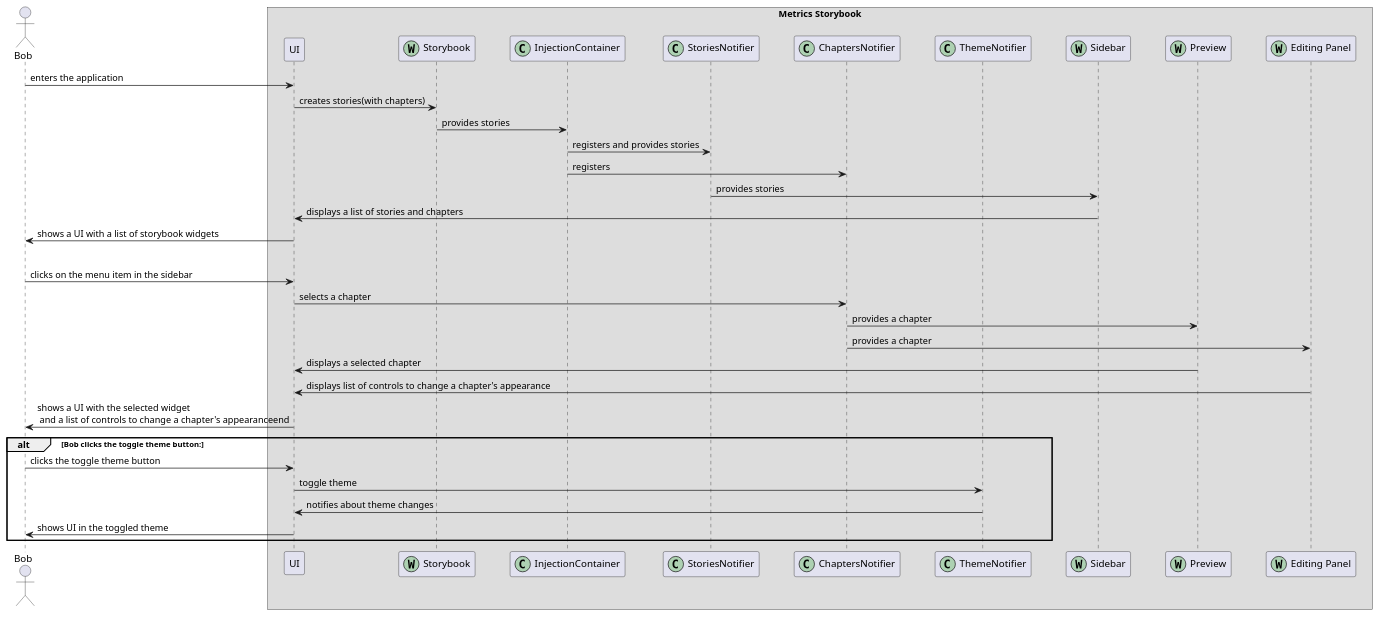
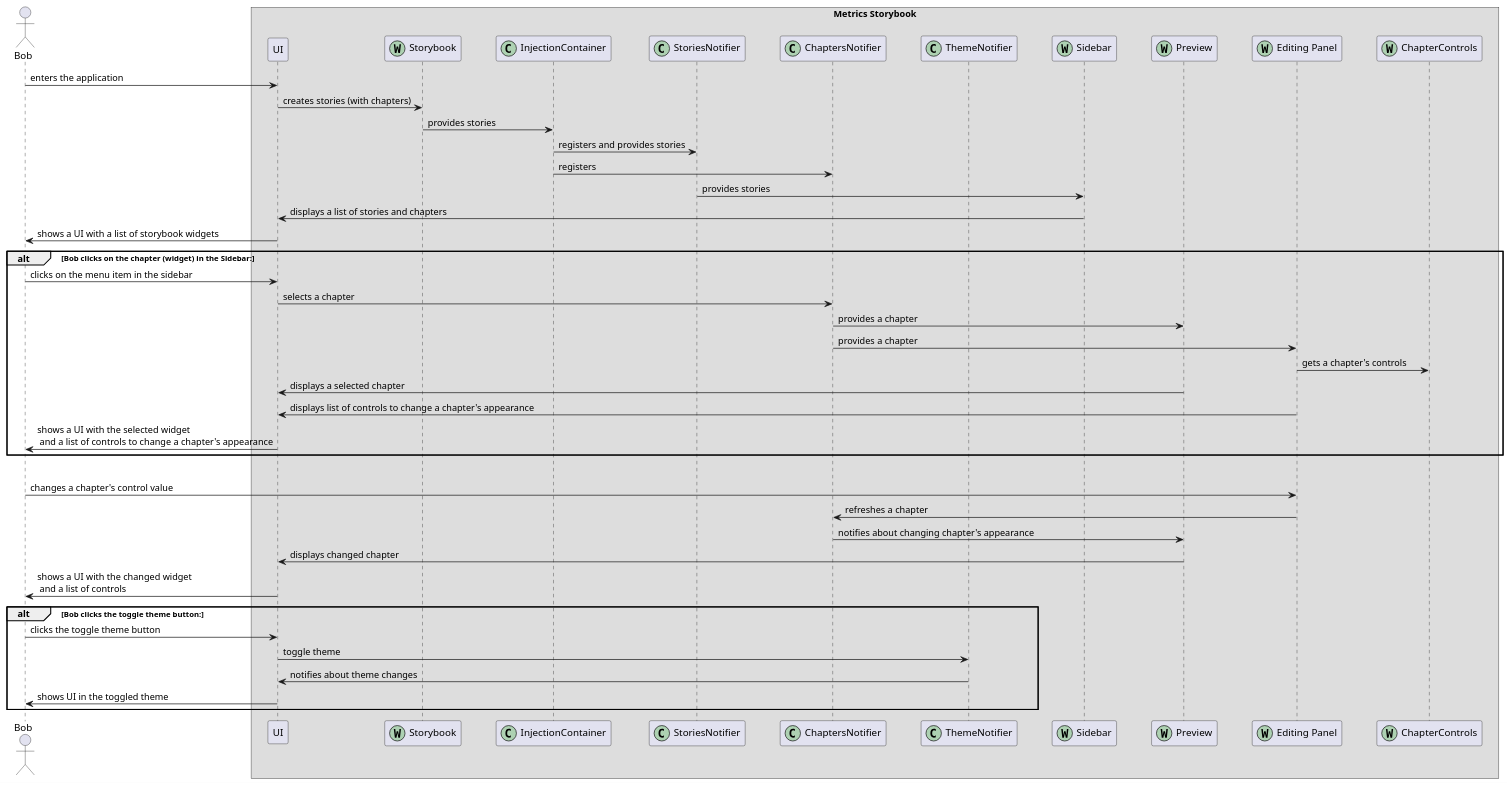
The diagram in metrics/web/docs/features/storybook/diagrams/metrics_storybook_sequence_diagram.puml (Flank/flank-dashboard), drawn with PlantUML before and after one commit.

Commit message:
Add changing widget's appearance to sequence diagram

```diff
--- a/metrics/web/docs/features/storybook/diagrams/metrics_storybook_sequence_diagram.puml
+++ b/metrics/web/docs/features/storybook/diagrams/metrics_storybook_sequence_diagram.puml
@@ -1,45 +1,55 @@
 @startuml metrics_storybook_sequence_diagram
 
 skinparam ParticipantPadding 20
 skinparam BoxPadding 10
     
 actor Bob
 
 box "Metrics Storybook"
     participant UI
     participant Storybook << (W,#ADD1B2) >>
     participant InjectionContainer << (C,#ADD1B2) >>
     participant StoriesNotifier << (C,#ADD1B2) >>
     participant ChaptersNotifier << (C,#ADD1B2) >>
     participant ThemeNotifier << (C,#ADD1B2) >>
     participant Sidebar << (W,#ADD1B2) >>
     participant Preview << (W,#ADD1B2) >>
     participant "Editing Panel" as EP << (W,#ADD1B2) >>
+    participant ChapterControls << (W,#ADD1B2) >>
 end box
 
 Bob -> UI : enters the application
-UI -> Storybook : creates stories(with chapters)
+UI -> Storybook : creates stories (with chapters)
 Storybook -> InjectionContainer : provides stories
 InjectionContainer -> StoriesNotifier : registers and provides stories
 InjectionContainer -> ChaptersNotifier : registers
 StoriesNotifier -> Sidebar : provides stories
 Sidebar -> UI : displays a list of stories and chapters
 UI -> Bob : shows a UI with a list of storybook widgets
 
-alt Bob clicks on the chapter(widget) in the Sidebar:
+alt Bob clicks on the chapter (widget) in the Sidebar:
     Bob -> UI : clicks on the menu item in the sidebar
     UI -> ChaptersNotifier : selects a chapter
     ChaptersNotifier -> Preview : provides a chapter
     ChaptersNotifier -> EP : provides a chapter
+    EP -> ChapterControls : gets a chapter's controls
     Preview -> UI : displays a selected chapter
     EP -> UI : displays list of controls to change a chapter's appearance
-    UI -> Bob : shows a UI with the selected widget\n and a list of controls to change a chapter's appearanceend
+    UI -> Bob : shows a UI with the selected widget\n and a list of controls to change a chapter's appearance
+end
+
+alt Bob changes a chapter's appearance using control
+    Bob -> EP : changes a chapter's control value
+    EP -> ChaptersNotifier : refreshes a chapter
+    ChaptersNotifier -> Preview : notifies about changing chapter's appearance
+    Preview -> UI : displays changed chapter
+    UI -> Bob : shows a UI with the changed widget\n and a list of controls
 
 alt Bob clicks the toggle theme button:
     Bob -> UI : clicks the toggle theme button
     UI -> ThemeNotifier : toggle theme
     ThemeNotifier -> UI : notifies about theme changes
     UI -> Bob : shows UI in the toggled theme
 end
 
 @enduml
```
